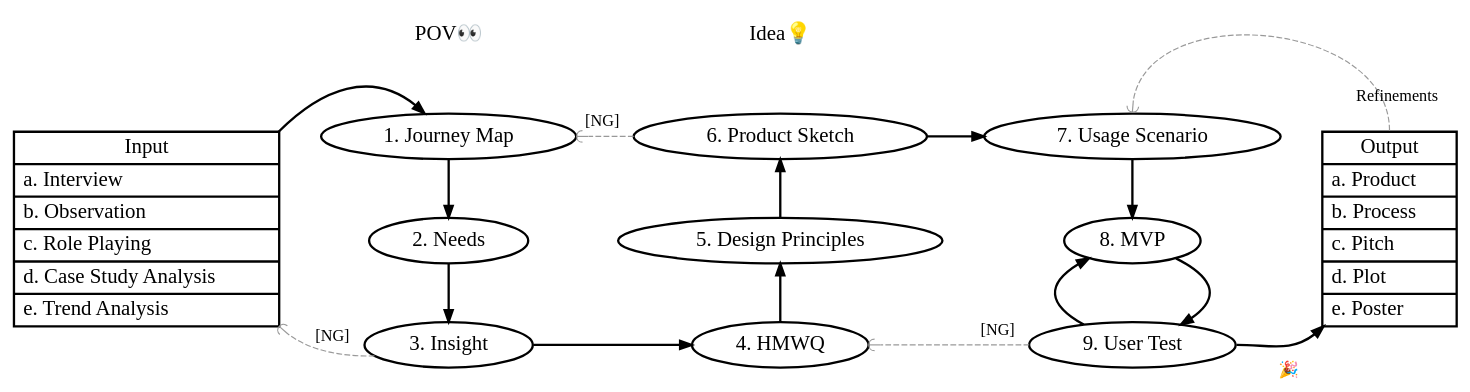
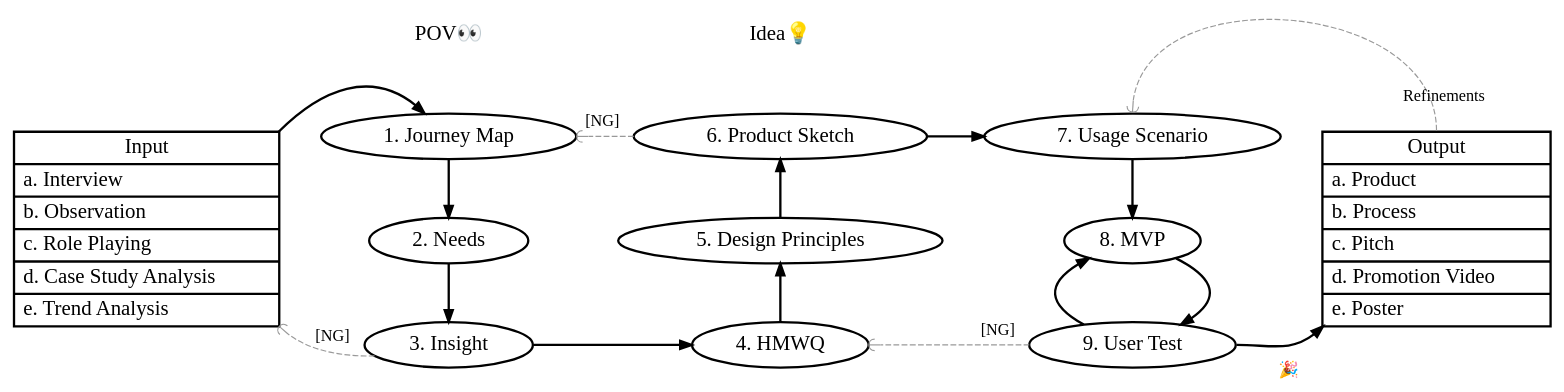
Before and after one commit to titech-edp/titech-edp.github.io: the diagram in toolkit/edp-toolkit.dot, drawn with Graphviz. The commit also changed 2 other files, not shown here.

```diff
--- a/toolkit/edp-toolkit.dot
+++ b/toolkit/edp-toolkit.dot
@@ -1,123 +1,123 @@
 # dot -T png edp-toolkit.dot -o edp-toolkit.png
 digraph graph_name {
     graph [
 	   rankdir = LR;
 	   nodesep = 0.7;
 	   ];
     edge [
 	  style = bold;
 	  shape = oval;
 	  ];
     node [
 	  style = bold;
 	  fontsize = 18;
 	  ];
 
     Input [
 	   label = "Input|a. Interview \l|b. Observation \l|c. Role Playing \l|d. Case Study Analysis \l|e. Trend Analysis \l",
 	   shape = record,
 	   ];
     Output [
-	    label = "Output|a. Product \l|b. Process \l|c. Pitch \l|d. Plot \l|e. Poster \l",
+	    label = "Output|a. Product \l|b. Process \l|c. Pitch \l|d. Promotion Video \l|e. Poster \l",
 	    shape = record,
 	    ];
 
     CJM[label = "1. Journey Map"];
     Needs[label = "2. Needs"];
     Insight[label = "3. Insight"];
     HMWQ[label = "4. HMWQ"];
     DP [label = "5. Design Principles"];
     Sketch [label = "6. Product Sketch"];
     Story [label = "7. Usage Scenario"];
     MVP [label = "8. MVP"];
     Test [label = "9. User Test"];
 
     # connect
     Input -> CJM [
 		  tailport = ne,
 		  headport = nw
 		  ];
 
     CJM -> Needs;
     Needs -> Insight;
     Insight -> HMWQ;
     //	HMWQ -> DP;
     //	DP -> Sketch;
 
     Sketch -> DP [dir = back];
     DP -> HMWQ [dir = back];
 
     Sketch -> Story;
     Story -> MVP;
     MVP -> Test;
     Test -> MVP;
 
     Test -> Output [
 		    taillabel = "🎉",
 		    labeldistance = 5,
 		    tailport = e,
 		    headport = sw
 		    ];
 
     # Label
     node [shape = plaintext];
     POV [label = "POV👀"];
     Idea [label = "Idea💡"];
     //	Fin [label = ];
 
     //	Insight -> POV[color = white];
     //	Sketch -> Idea[color = white];
     //	Test -> Fin[color = white];
 
     # Ranking
     {rank = min; Input}
     {rank = same;
 	CJM;
 	Needs;
 	Insight;
 	POV
     }
     {rank = same;
 	HMWQ;
 	DP;
 	Sketch;
 	Idea
     }
     {rank = same;
 	Story;
 	MVP;
 	Test;
 	//		Fin
     }
     {rank = sink; Output}
 
     # NG
     edge[ color = "#999999"];
     Insight -> Input [
 		      taillabel = "[NG]",
 		      labeldistance = 4,
 		      style = dashed,
 		      arrowhead = curve,
 		      headport = se
 		      ];
     Sketch -> CJM [
 		   taillabel = "[NG]",
 		   labeldistance = 3,
 		   style = dashed,
 		   arrowhead = curve
 		   ];
     Test -> HMWQ [
 		  taillabel = "[NG]",
 		  labeldistance = 3,
 		  style = dashed,
 		  arrowhead = curve
 		  ];
     Output -> Story[
 		    taillabel = "Refinements",
 		    labeldistance = 3,
 		    style = dashed,
 		    arrowhead = curve,
 		    tailport = n,
 		    headport = n
 		    ];
 }
```
